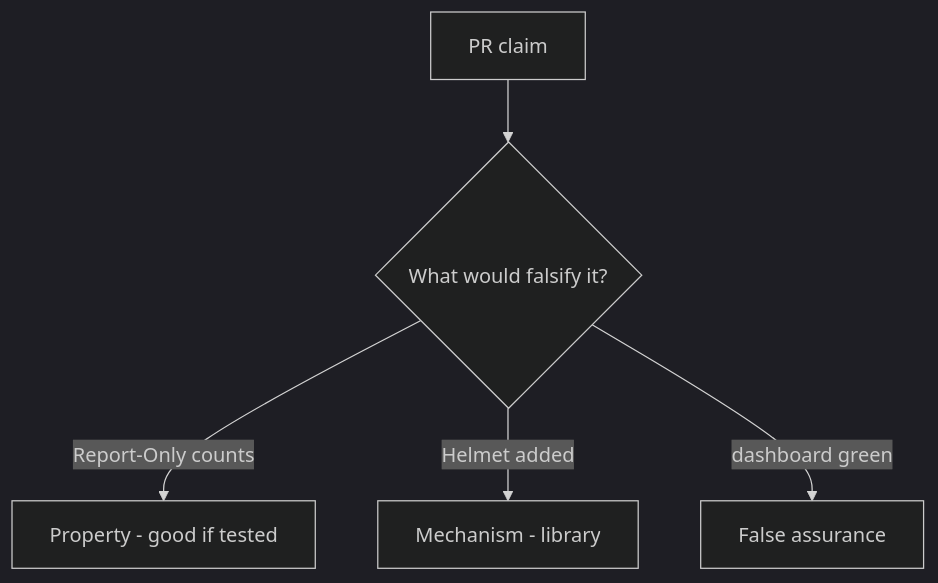
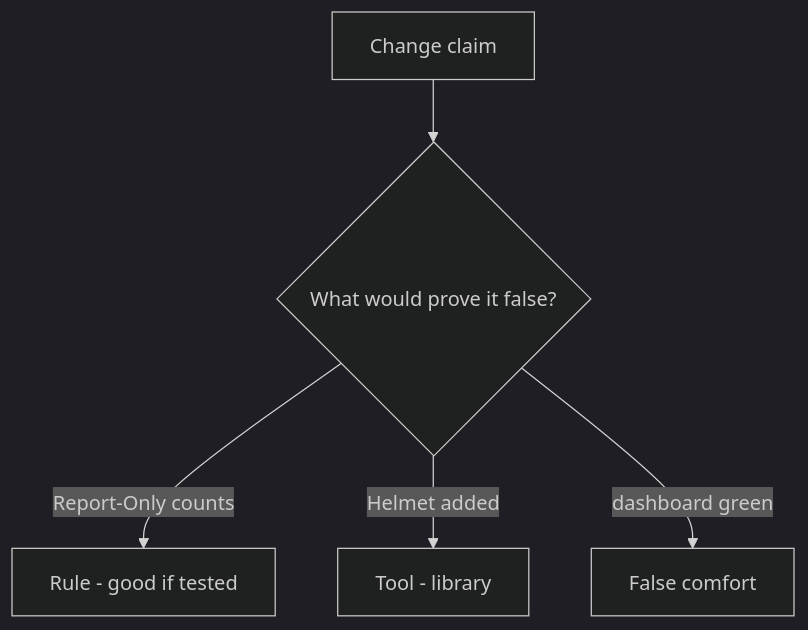
Before and after one commit to ishitvagoel/LearnSecurity: the diagram in content/modules/e/E2/lessons/08-review.md, drawn with Mermaid (dark theme). The commit also changed other lines of this file and 55 other files, not shown here.

````diff
--- a/content/modules/e/E2/lessons/08-review.md
+++ b/content/modules/e/E2/lessons/08-review.md
@@ -17,7 +18,7 @@
 ```mermaid
 flowchart TD
-  Claim[PR claim] --> Q{"What would falsify it?"}
-  Q -->|Report-Only counts| Property["Property - good if tested"]
-  Q -->|Helmet added| Mechanism[Mechanism - library]
-  Q -->|dashboard green| False[False assurance]
+  Claim[Change claim] --> Q{"What would prove it false?"}
+  Q -->|Report-Only counts| Property["Rule - good if tested"]
+  Q -->|Helmet added| Mechanism[Tool - library]
+  Q -->|dashboard green| False[False comfort]
 ```
````
